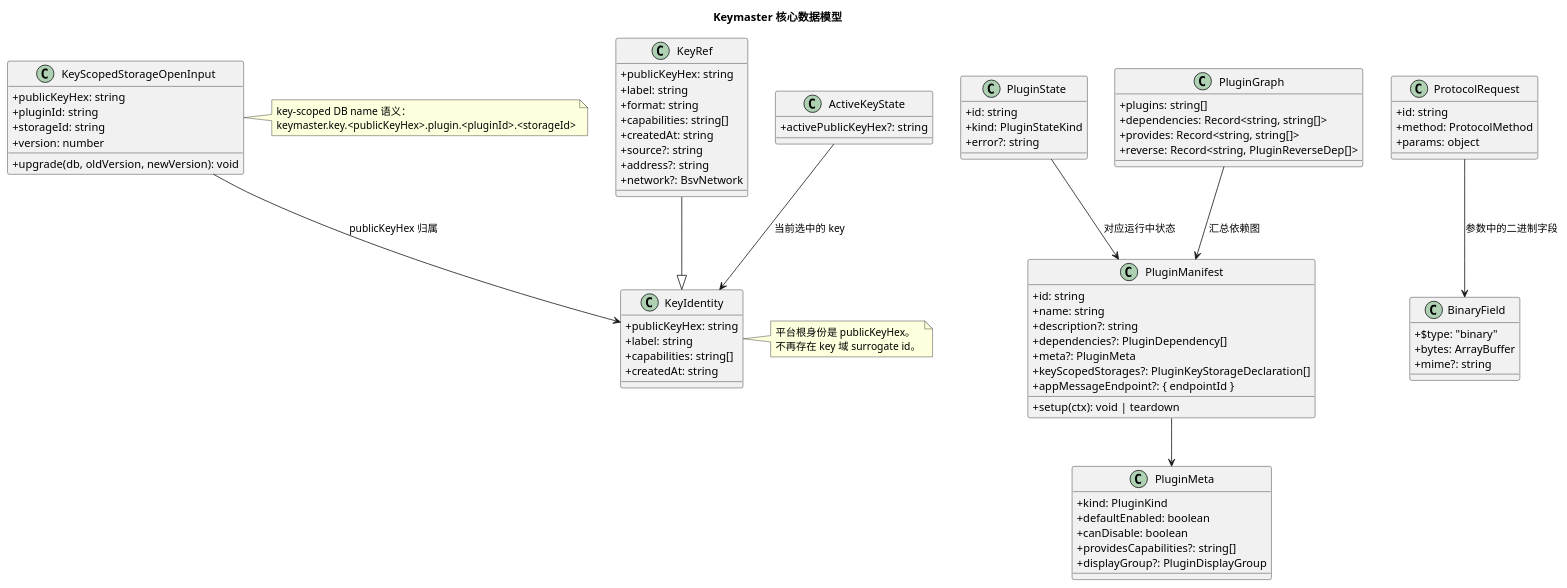
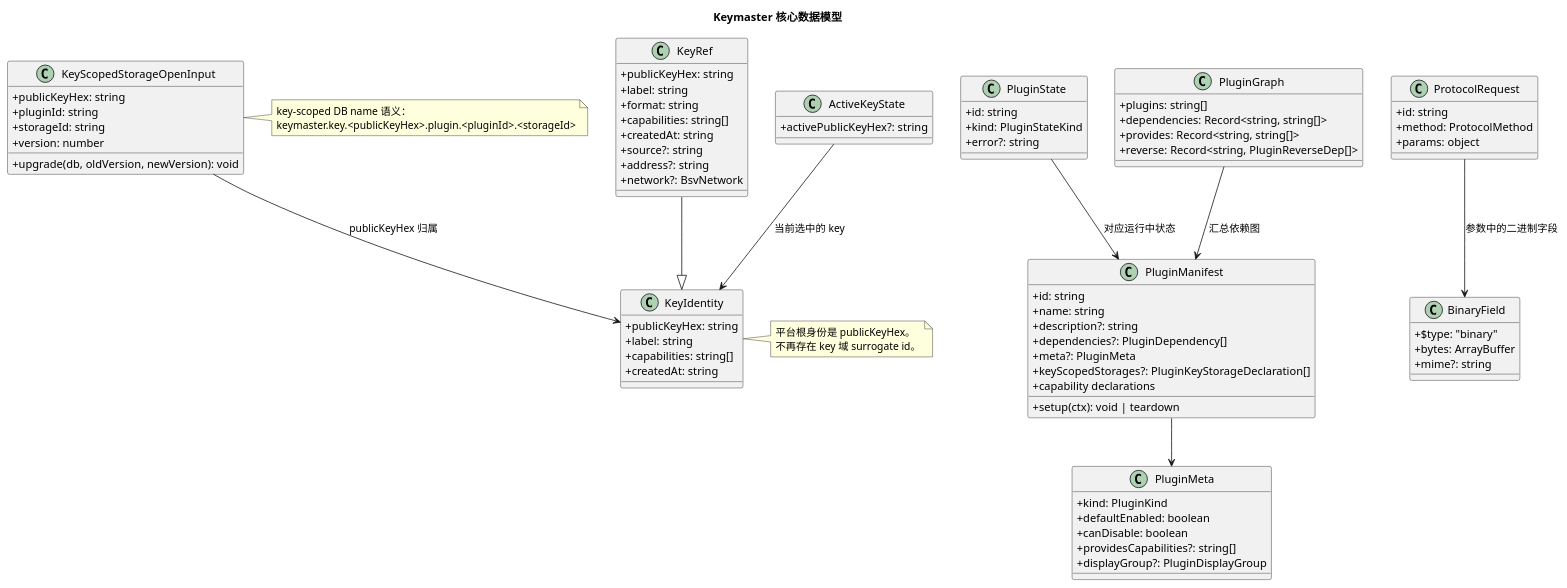
One commit to bsv8/keymaster.cc changed the second of 4 diagrams in docs/architecture/code-architecture.md. Above: the diagram before and after it, drawn with PlantUML. The commit also changed other lines of this file and 174 other files, not shown here.

```diff
--- a/docs/architecture/code-architecture.md
+++ b/docs/architecture/code-architecture.md
@@ -140,7 +144,7 @@
   +dependencies?: PluginDependency[]
   +meta?: PluginMeta
   +keyScopedStorages?: PluginKeyStorageDeclaration[]
-  +appMessageEndpoint?: { endpointId }
+  +capability declarations
   +setup(ctx): void | teardown
 }
 
```
